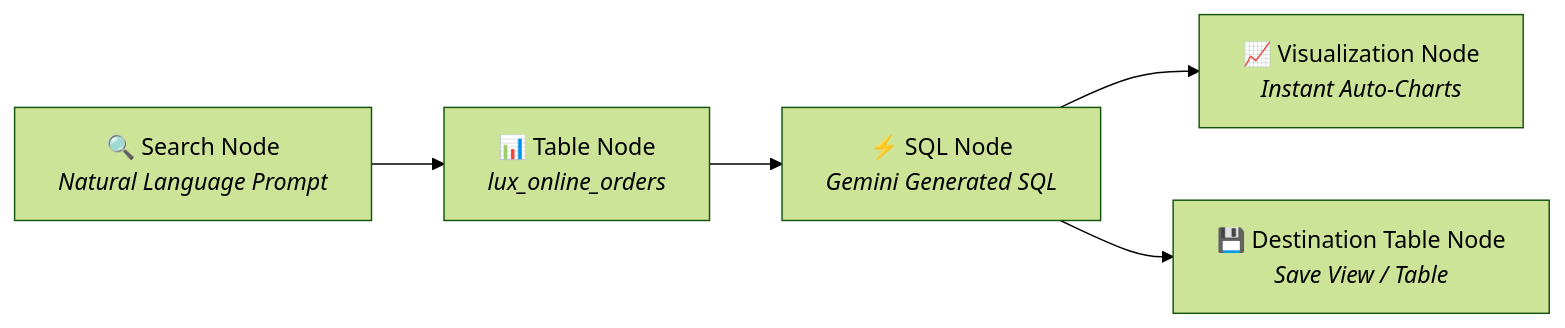
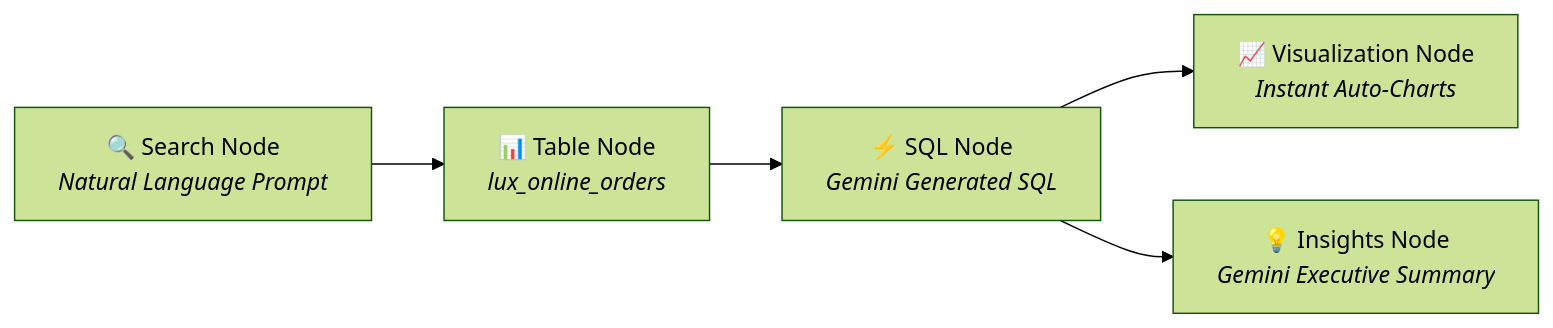
One commit to mauripsale/luxottica-bigquery-training changed the diagram in handouts/01_fundamentals_and_exploration.md. Above: the diagram before and after it, drawn with Mermaid (forest theme). The commit also changed other lines of this file and 4 other files, not shown here.

Commit message:
Add BigQuery Data Canvas Insights Node features into 3-hour Luxottica training package

````diff
--- a/handouts/01_fundamentals_and_exploration.md
+++ b/handouts/01_fundamentals_and_exploration.md
@@ -32,7 +32,7 @@
 ```mermaid
 flowchart LR
     S[🔍 Search Node<br/><i>Natural Language Prompt</i>] --> T[📊 Table Node<br/><i>lux_online_orders</i>]
     T --> Q[⚡ SQL Node<br/><i>Gemini Generated SQL</i>]
     Q --> V[📈 Visualization Node<br/><i>Instant Auto-Charts</i>]
-    Q --> D[💾 Destination Table Node<br/><i>Save View / Table</i>]
+    Q --> I[💡 Insights Node<br/><i>Gemini Executive Summary</i>]
 ```
````
